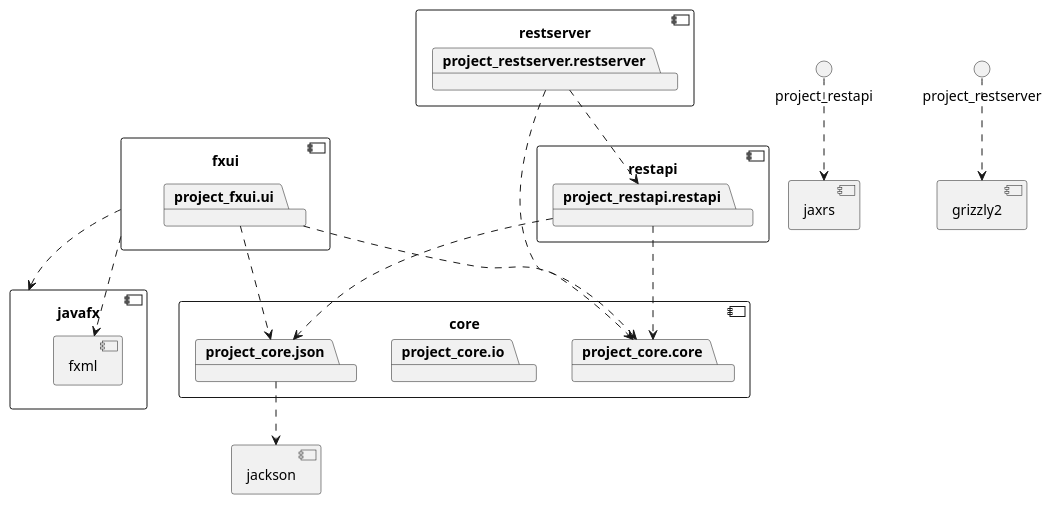
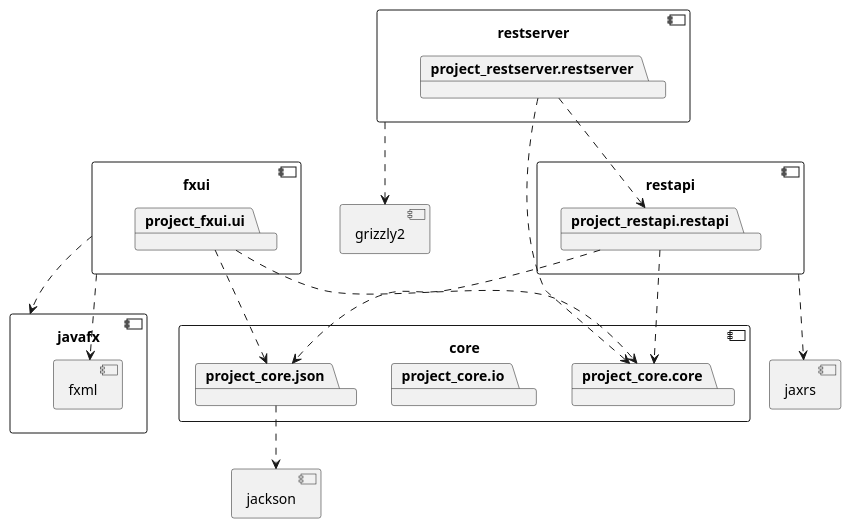
The diagram in project/readme.md (ErlendMariusOmmundsen/Messaging-App), drawn with PlantUML before and after one commit.

Commit message:
#33 - work on diagram

````diff
--- a/project/readme.md
+++ b/project/readme.md
@@ -98,52 +98,52 @@
 ```plantuml
 
 component core {
 	package project_core.core
 	package project_core.io
 	package project_core.json
 }
 
 component jackson {
 }
 
 project_core.json ..> jackson
 
 component fxui {
 	package project_fxui.ui
 }
 
 project_fxui.ui ..> project_core.core
 project_fxui.ui ..> project_core.json
 
 component restapi {
 	package project_restapi.restapi
 }
 
 component javafx {
 	component fxml {
 	}
 }
 
 fxui ..> javafx
 fxui ..> fxml
 
 project_restapi.restapi ..> project_core.core
 project_restapi.restapi ..> project_core.json
 
 component jaxrs {
 }
 
-project_restapi ..> jaxrs
+restapi ..> jaxrs
 
 component restserver {
 	package project_restserver.restserver
 }
 
 project_restserver.restserver ..> project_core.core
 project_restserver.restserver ..> project_restapi.restapi
 
 component grizzly2 {
 }
 
-project_restserver ..> grizzly2
+restserver ..> grizzly2
 ```
````
